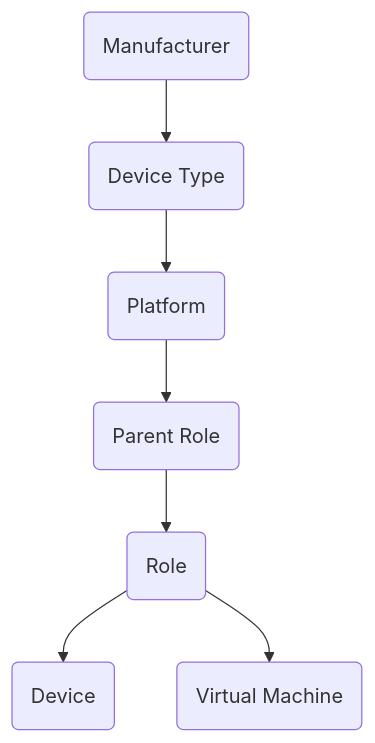
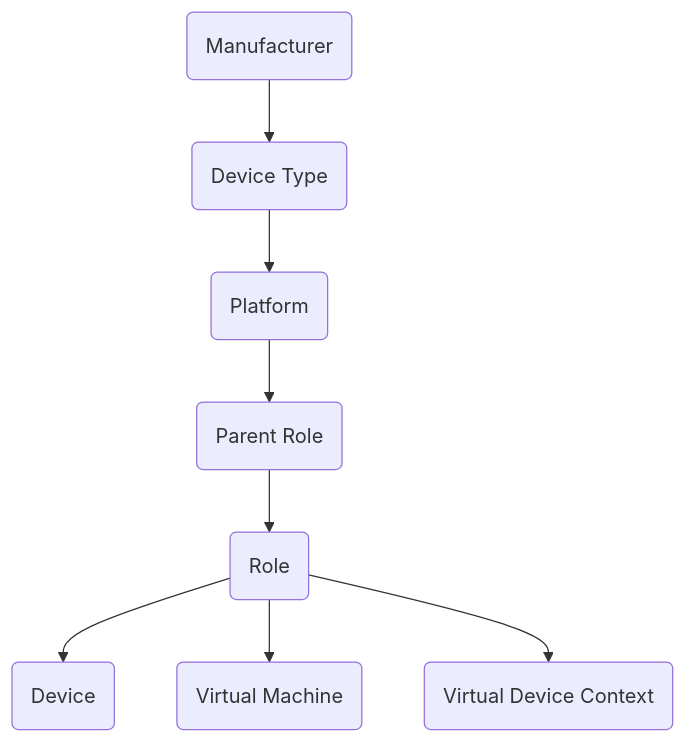
Before and after one commit to OpensourceICTSolutions/nbxsync: the diagram in docs/philosofy.md, drawn with Mermaid. The commit also changed 9 other files, not shown here.

````diff
--- a/docs/philosofy.md
+++ b/docs/philosofy.md
@@ -11,9 +11,10 @@
 ```mermaid
 flowchart TD
     A(Manufacturer) --> B(Device Type)
     B --> C(Platform)
     C --> D(Parent Role)
     D --> E(Role)
     E --> F(Device)
     E --> G(Virtual Machine)
+    E --> H(Virtual Device Context)
 ```
````
